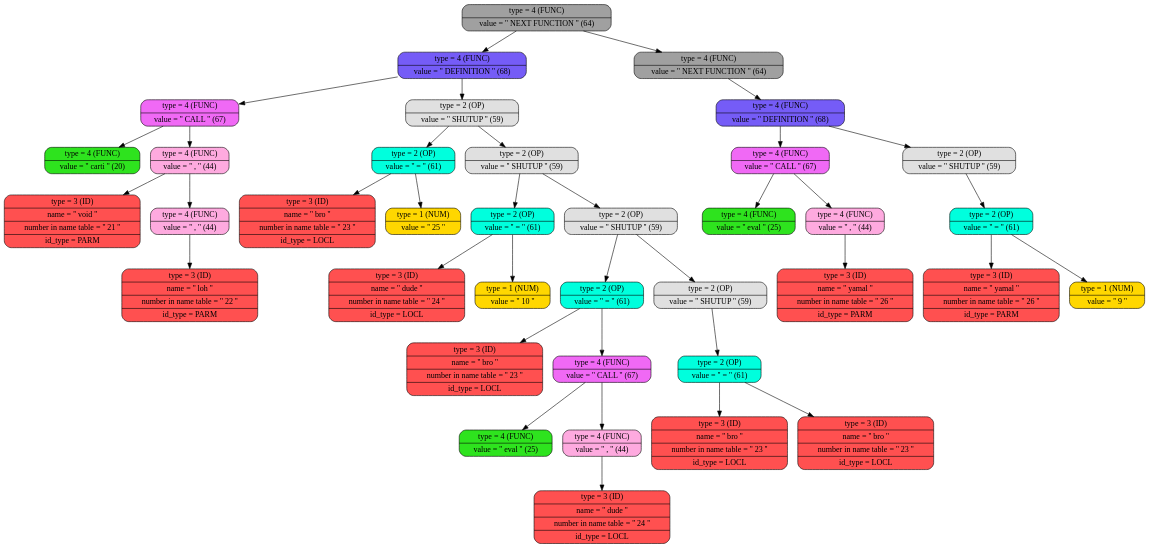
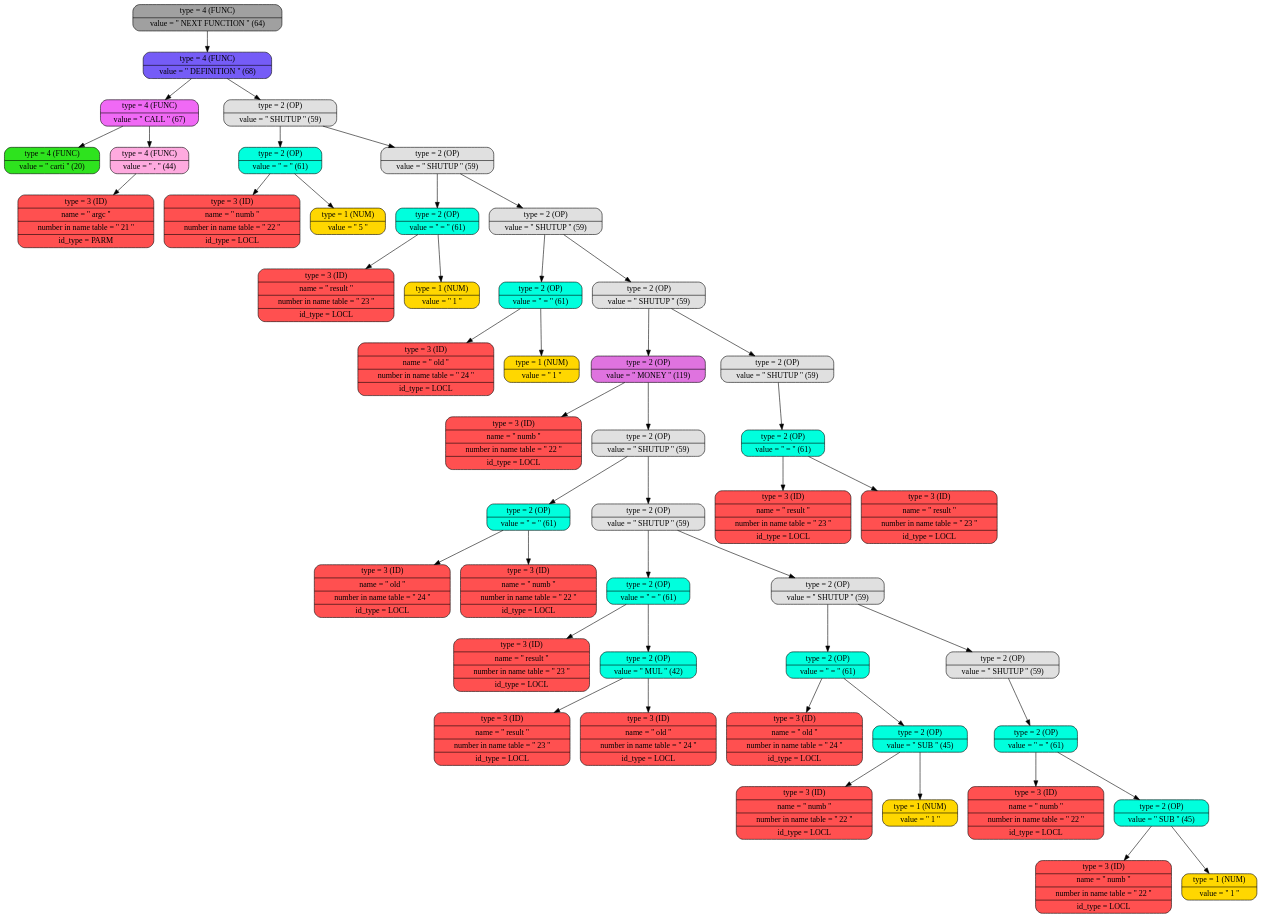
The diagram in log/graph_tree.dot (daniilgriga/MyProgrammingLanguage), drawn with Graphviz before and after one commit. The commit also changed 18 other files, not shown here.

```diff
--- a/log/graph_tree.dot
+++ b/log/graph_tree.dot
@@ -1,78 +1,98 @@
 digraph
 {
 bgcolor="transparent"
-node0x503000000520 [shape=Mrecord; label = " { type = 4 (FUNC) | value = '' NEXT FUNCTION ''  (64) }"; style = filled; fillcolor = "#A0A0A0"];
-node0x503000000520 -> node0x5030000004f0;
-node0x503000000520 -> node0x503000000700;
-node0x5030000004f0 [shape=Mrecord; label = " { type = 4 (FUNC) | value = '' DEFINITION ''  (68) }"; style = filled; fillcolor = "#755CF7"];
-node0x5030000004f0 -> node0x503000000130;
-node0x5030000004f0 -> node0x5030000001f0;
-node0x503000000130 [shape=Mrecord; label = " { type = 4 (FUNC) | value = '' CALL ''  (67) }"; style = filled; fillcolor = "#F069F5"];
-node0x503000000130 -> node0x503000000040;
-node0x503000000130 -> node0x5030000000a0;
+node0x5030000008e0 [shape=Mrecord; label = " { type = 4 (FUNC) | value = '' NEXT FUNCTION ''  (64) }"; style = filled; fillcolor = "#A0A0A0"];
+node0x5030000008e0 -> node0x5030000008b0;
+node0x5030000008b0 [shape=Mrecord; label = " { type = 4 (FUNC) | value = '' DEFINITION ''  (68) }"; style = filled; fillcolor = "#755CF7"];
+node0x5030000008b0 -> node0x5030000000d0;
+node0x5030000008b0 -> node0x503000000190;
+node0x5030000000d0 [shape=Mrecord; label = " { type = 4 (FUNC) | value = '' CALL ''  (67) }"; style = filled; fillcolor = "#F069F5"];
+node0x5030000000d0 -> node0x503000000040;
+node0x5030000000d0 -> node0x5030000000a0;
 node0x503000000040 [shape=Mrecord; label = " { type = 4 (FUNC) | value = '' carti ''  (20) }"; style = filled; fillcolor = "#2EE31E"];
 node0x5030000000a0 [shape=Mrecord; label = " { type = 4 (FUNC) | value = '' , ''  (44) }"; style = filled; fillcolor = "#FEAADF"];
 node0x5030000000a0 -> node0x503000000070;
-node0x5030000000a0 -> node0x503000000100;
-node0x503000000070 [shape=Mrecord; label = " { type = 3 (ID)  | name = '' void '' | number in name table = '' 21 '' | id_type = PARM }"; style = filled; fillcolor = "#FF5050"];
-node0x503000000100 [shape=Mrecord; label = " { type = 4 (FUNC) | value = '' , ''  (44) }"; style = filled; fillcolor = "#FEAADF"];
-node0x503000000100 -> node0x5030000000d0;
-node0x5030000000d0 [shape=Mrecord; label = " { type = 3 (ID)  | name = '' loh '' | number in name table = '' 22 '' | id_type = PARM }"; style = filled; fillcolor = "#FF5050"];
-node0x5030000001f0 [shape=Mrecord; label = " { type = 2 (OP)   | value = '' SHUTUP ''  (59) }"; style = filled; fillcolor = "#E0E0E0"];
-node0x5030000001f0 -> node0x5030000001c0;
-node0x5030000001f0 -> node0x5030000002b0;
-node0x5030000001c0 [shape=Mrecord; label = " { type = 2 (OP)   | value = '' = ''  (61) }"; style = filled; fillcolor = "#00FFDD"];
-node0x5030000001c0 -> node0x503000000160;
-node0x5030000001c0 -> node0x503000000190;
-node0x503000000160 [shape=Mrecord; label = " { type = 3 (ID)  | name = '' bro '' | number in name table = '' 23 '' | id_type = LOCL }"; style = filled; fillcolor = "#FF5050"];
-node0x503000000190 [shape=Mrecord; label = " { type = 1 (NUM)  | value = '' 25 '' }"; style = filled; fillcolor = "#FFD700"];
-node0x5030000002b0 [shape=Mrecord; label = " { type = 2 (OP)   | value = '' SHUTUP ''  (59) }"; style = filled; fillcolor = "#E0E0E0"];
-node0x5030000002b0 -> node0x503000000280;
-node0x5030000002b0 -> node0x503000000400;
-node0x503000000280 [shape=Mrecord; label = " { type = 2 (OP)   | value = '' = ''  (61) }"; style = filled; fillcolor = "#00FFDD"];
-node0x503000000280 -> node0x503000000220;
-node0x503000000280 -> node0x503000000250;
-node0x503000000220 [shape=Mrecord; label = " { type = 3 (ID)  | name = '' dude '' | number in name table = '' 24 '' | id_type = LOCL }"; style = filled; fillcolor = "#FF5050"];
-node0x503000000250 [shape=Mrecord; label = " { type = 1 (NUM)  | value = '' 10 '' }"; style = filled; fillcolor = "#FFD700"];
+node0x503000000070 [shape=Mrecord; label = " { type = 3 (ID)  | name = '' argc '' | number in name table = '' 21 '' | id_type = PARM }"; style = filled; fillcolor = "#FF5050"];
+node0x503000000190 [shape=Mrecord; label = " { type = 2 (OP)   | value = '' SHUTUP ''  (59) }"; style = filled; fillcolor = "#E0E0E0"];
+node0x503000000190 -> node0x503000000160;
+node0x503000000190 -> node0x503000000250;
+node0x503000000160 [shape=Mrecord; label = " { type = 2 (OP)   | value = '' = ''  (61) }"; style = filled; fillcolor = "#00FFDD"];
+node0x503000000160 -> node0x503000000100;
+node0x503000000160 -> node0x503000000130;
+node0x503000000100 [shape=Mrecord; label = " { type = 3 (ID)  | name = '' numb '' | number in name table = '' 22 '' | id_type = LOCL }"; style = filled; fillcolor = "#FF5050"];
+node0x503000000130 [shape=Mrecord; label = " { type = 1 (NUM)  | value = '' 5 '' }"; style = filled; fillcolor = "#FFD700"];
+node0x503000000250 [shape=Mrecord; label = " { type = 2 (OP)   | value = '' SHUTUP ''  (59) }"; style = filled; fillcolor = "#E0E0E0"];
+node0x503000000250 -> node0x503000000220;
+node0x503000000250 -> node0x503000000310;
+node0x503000000220 [shape=Mrecord; label = " { type = 2 (OP)   | value = '' = ''  (61) }"; style = filled; fillcolor = "#00FFDD"];
+node0x503000000220 -> node0x5030000001c0;
+node0x503000000220 -> node0x5030000001f0;
+node0x5030000001c0 [shape=Mrecord; label = " { type = 3 (ID)  | name = '' result '' | number in name table = '' 23 '' | id_type = LOCL }"; style = filled; fillcolor = "#FF5050"];
+node0x5030000001f0 [shape=Mrecord; label = " { type = 1 (NUM)  | value = '' 1 '' }"; style = filled; fillcolor = "#FFD700"];
+node0x503000000310 [shape=Mrecord; label = " { type = 2 (OP)   | value = '' SHUTUP ''  (59) }"; style = filled; fillcolor = "#E0E0E0"];
+node0x503000000310 -> node0x5030000002e0;
+node0x503000000310 -> node0x5030000007c0;
+node0x5030000002e0 [shape=Mrecord; label = " { type = 2 (OP)   | value = '' = ''  (61) }"; style = filled; fillcolor = "#00FFDD"];
+node0x5030000002e0 -> node0x503000000280;
+node0x5030000002e0 -> node0x5030000002b0;
+node0x503000000280 [shape=Mrecord; label = " { type = 3 (ID)  | name = '' old '' | number in name table = '' 24 '' | id_type = LOCL }"; style = filled; fillcolor = "#FF5050"];
+node0x5030000002b0 [shape=Mrecord; label = " { type = 1 (NUM)  | value = '' 1 '' }"; style = filled; fillcolor = "#FFD700"];
+node0x5030000007c0 [shape=Mrecord; label = " { type = 2 (OP)   | value = '' SHUTUP ''  (59) }"; style = filled; fillcolor = "#E0E0E0"];
+node0x5030000007c0 -> node0x503000000790;
+node0x5030000007c0 -> node0x503000000880;
+node0x503000000790 [shape=Mrecord; label = " { type = 2 (OP)   | value = '' MONEY ''  (119) }"; style = filled; fillcolor = "#DF73DF"];
+node0x503000000790 -> node0x503000000340;
+node0x503000000790 -> node0x503000000400;
+node0x503000000340 [shape=Mrecord; label = " { type = 3 (ID)  | name = '' numb '' | number in name table = '' 22 '' | id_type = LOCL }"; style = filled; fillcolor = "#FF5050"];
 node0x503000000400 [shape=Mrecord; label = " { type = 2 (OP)   | value = '' SHUTUP ''  (59) }"; style = filled; fillcolor = "#E0E0E0"];
 node0x503000000400 -> node0x5030000003d0;
-node0x503000000400 -> node0x5030000004c0;
+node0x503000000400 -> node0x503000000520;
 node0x5030000003d0 [shape=Mrecord; label = " { type = 2 (OP)   | value = '' = ''  (61) }"; style = filled; fillcolor = "#00FFDD"];
-node0x5030000003d0 -> node0x5030000002e0;
+node0x5030000003d0 -> node0x503000000370;
 node0x5030000003d0 -> node0x5030000003a0;
-node0x5030000002e0 [shape=Mrecord; label = " { type = 3 (ID)  | name = '' bro '' | number in name table = '' 23 '' | id_type = LOCL }"; style = filled; fillcolor = "#FF5050"];
-node0x5030000003a0 [shape=Mrecord; label = " { type = 4 (FUNC) | value = '' CALL ''  (67) }"; style = filled; fillcolor = "#F069F5"];
-node0x5030000003a0 -> node0x503000000310;
-node0x5030000003a0 -> node0x503000000370;
-node0x503000000310 [shape=Mrecord; label = " { type = 4 (FUNC) | value = '' eval ''  (25) }"; style = filled; fillcolor = "#2EE31E"];
-node0x503000000370 [shape=Mrecord; label = " { type = 4 (FUNC) | value = '' , ''  (44) }"; style = filled; fillcolor = "#FEAADF"];
-node0x503000000370 -> node0x503000000340;
-node0x503000000340 [shape=Mrecord; label = " { type = 3 (ID)  | name = '' dude '' | number in name table = '' 24 '' | id_type = LOCL }"; style = filled; fillcolor = "#FF5050"];
-node0x5030000004c0 [shape=Mrecord; label = " { type = 2 (OP)   | value = '' SHUTUP ''  (59) }"; style = filled; fillcolor = "#E0E0E0"];
+node0x503000000370 [shape=Mrecord; label = " { type = 3 (ID)  | name = '' old '' | number in name table = '' 24 '' | id_type = LOCL }"; style = filled; fillcolor = "#FF5050"];
+node0x5030000003a0 [shape=Mrecord; label = " { type = 3 (ID)  | name = '' numb '' | number in name table = '' 22 '' | id_type = LOCL }"; style = filled; fillcolor = "#FF5050"];
+node0x503000000520 [shape=Mrecord; label = " { type = 2 (OP)   | value = '' SHUTUP ''  (59) }"; style = filled; fillcolor = "#E0E0E0"];
+node0x503000000520 -> node0x5030000004f0;
+node0x503000000520 -> node0x503000000640;
+node0x5030000004f0 [shape=Mrecord; label = " { type = 2 (OP)   | value = '' = ''  (61) }"; style = filled; fillcolor = "#00FFDD"];
+node0x5030000004f0 -> node0x503000000430;
+node0x5030000004f0 -> node0x5030000004c0;
+node0x503000000430 [shape=Mrecord; label = " { type = 3 (ID)  | name = '' result '' | number in name table = '' 23 '' | id_type = LOCL }"; style = filled; fillcolor = "#FF5050"];
+node0x5030000004c0 [shape=Mrecord; label = " { type = 2 (OP)   | value = '' MUL ''  (42) }"; style = filled; fillcolor = "#00FFDD"];
+node0x5030000004c0 -> node0x503000000460;
 node0x5030000004c0 -> node0x503000000490;
-node0x503000000490 [shape=Mrecord; label = " { type = 2 (OP)   | value = '' = ''  (61) }"; style = filled; fillcolor = "#00FFDD"];
-node0x503000000490 -> node0x503000000430;
-node0x503000000490 -> node0x503000000460;
-node0x503000000430 [shape=Mrecord; label = " { type = 3 (ID)  | name = '' bro '' | number in name table = '' 23 '' | id_type = LOCL }"; style = filled; fillcolor = "#FF5050"];
-node0x503000000460 [shape=Mrecord; label = " { type = 3 (ID)  | name = '' bro '' | number in name table = '' 23 '' | id_type = LOCL }"; style = filled; fillcolor = "#FF5050"];
-node0x503000000700 [shape=Mrecord; label = " { type = 4 (FUNC) | value = '' NEXT FUNCTION ''  (64) }"; style = filled; fillcolor = "#A0A0A0"];
+node0x503000000460 [shape=Mrecord; label = " { type = 3 (ID)  | name = '' result '' | number in name table = '' 23 '' | id_type = LOCL }"; style = filled; fillcolor = "#FF5050"];
+node0x503000000490 [shape=Mrecord; label = " { type = 3 (ID)  | name = '' old '' | number in name table = '' 24 '' | id_type = LOCL }"; style = filled; fillcolor = "#FF5050"];
+node0x503000000640 [shape=Mrecord; label = " { type = 2 (OP)   | value = '' SHUTUP ''  (59) }"; style = filled; fillcolor = "#E0E0E0"];
+node0x503000000640 -> node0x503000000610;
+node0x503000000640 -> node0x503000000760;
+node0x503000000610 [shape=Mrecord; label = " { type = 2 (OP)   | value = '' = ''  (61) }"; style = filled; fillcolor = "#00FFDD"];
+node0x503000000610 -> node0x503000000550;
+node0x503000000610 -> node0x5030000005e0;
+node0x503000000550 [shape=Mrecord; label = " { type = 3 (ID)  | name = '' old '' | number in name table = '' 24 '' | id_type = LOCL }"; style = filled; fillcolor = "#FF5050"];
+node0x5030000005e0 [shape=Mrecord; label = " { type = 2 (OP)   | value = '' SUB ''  (45) }"; style = filled; fillcolor = "#00FFDD"];
+node0x5030000005e0 -> node0x503000000580;
+node0x5030000005e0 -> node0x5030000005b0;
+node0x503000000580 [shape=Mrecord; label = " { type = 3 (ID)  | name = '' numb '' | number in name table = '' 22 '' | id_type = LOCL }"; style = filled; fillcolor = "#FF5050"];
+node0x5030000005b0 [shape=Mrecord; label = " { type = 1 (NUM)  | value = '' 1 '' }"; style = filled; fillcolor = "#FFD700"];
+node0x503000000760 [shape=Mrecord; label = " { type = 2 (OP)   | value = '' SHUTUP ''  (59) }"; style = filled; fillcolor = "#E0E0E0"];
+node0x503000000760 -> node0x503000000730;
+node0x503000000730 [shape=Mrecord; label = " { type = 2 (OP)   | value = '' = ''  (61) }"; style = filled; fillcolor = "#00FFDD"];
+node0x503000000730 -> node0x503000000670;
+node0x503000000730 -> node0x503000000700;
+node0x503000000670 [shape=Mrecord; label = " { type = 3 (ID)  | name = '' numb '' | number in name table = '' 22 '' | id_type = LOCL }"; style = filled; fillcolor = "#FF5050"];
+node0x503000000700 [shape=Mrecord; label = " { type = 2 (OP)   | value = '' SUB ''  (45) }"; style = filled; fillcolor = "#00FFDD"];
+node0x503000000700 -> node0x5030000006a0;
 node0x503000000700 -> node0x5030000006d0;
-node0x5030000006d0 [shape=Mrecord; label = " { type = 4 (FUNC) | value = '' DEFINITION ''  (68) }"; style = filled; fillcolor = "#755CF7"];
-node0x5030000006d0 -> node0x5030000005e0;
-node0x5030000006d0 -> node0x5030000006a0;
-node0x5030000005e0 [shape=Mrecord; label = " { type = 4 (FUNC) | value = '' CALL ''  (67) }"; style = filled; fillcolor = "#F069F5"];
-node0x5030000005e0 -> node0x503000000550;
-node0x5030000005e0 -> node0x5030000005b0;
-node0x503000000550 [shape=Mrecord; label = " { type = 4 (FUNC) | value = '' eval ''  (25) }"; style = filled; fillcolor = "#2EE31E"];
-node0x5030000005b0 [shape=Mrecord; label = " { type = 4 (FUNC) | value = '' , ''  (44) }"; style = filled; fillcolor = "#FEAADF"];
-node0x5030000005b0 -> node0x503000000580;
-node0x503000000580 [shape=Mrecord; label = " { type = 3 (ID)  | name = '' yamal '' | number in name table = '' 26 '' | id_type = PARM }"; style = filled; fillcolor = "#FF5050"];
-node0x5030000006a0 [shape=Mrecord; label = " { type = 2 (OP)   | value = '' SHUTUP ''  (59) }"; style = filled; fillcolor = "#E0E0E0"];
-node0x5030000006a0 -> node0x503000000670;
-node0x503000000670 [shape=Mrecord; label = " { type = 2 (OP)   | value = '' = ''  (61) }"; style = filled; fillcolor = "#00FFDD"];
-node0x503000000670 -> node0x503000000610;
-node0x503000000670 -> node0x503000000640;
-node0x503000000610 [shape=Mrecord; label = " { type = 3 (ID)  | name = '' yamal '' | number in name table = '' 26 '' | id_type = PARM }"; style = filled; fillcolor = "#FF5050"];
-node0x503000000640 [shape=Mrecord; label = " { type = 1 (NUM)  | value = '' 9 '' }"; style = filled; fillcolor = "#FFD700"];
+node0x5030000006a0 [shape=Mrecord; label = " { type = 3 (ID)  | name = '' numb '' | number in name table = '' 22 '' | id_type = LOCL }"; style = filled; fillcolor = "#FF5050"];
+node0x5030000006d0 [shape=Mrecord; label = " { type = 1 (NUM)  | value = '' 1 '' }"; style = filled; fillcolor = "#FFD700"];
+node0x503000000880 [shape=Mrecord; label = " { type = 2 (OP)   | value = '' SHUTUP ''  (59) }"; style = filled; fillcolor = "#E0E0E0"];
+node0x503000000880 -> node0x503000000850;
+node0x503000000850 [shape=Mrecord; label = " { type = 2 (OP)   | value = '' = ''  (61) }"; style = filled; fillcolor = "#00FFDD"];
+node0x503000000850 -> node0x5030000007f0;
+node0x503000000850 -> node0x503000000820;
+node0x5030000007f0 [shape=Mrecord; label = " { type = 3 (ID)  | name = '' result '' | number in name table = '' 23 '' | id_type = LOCL }"; style = filled; fillcolor = "#FF5050"];
+node0x503000000820 [shape=Mrecord; label = " { type = 3 (ID)  | name = '' result '' | number in name table = '' 23 '' | id_type = LOCL }"; style = filled; fillcolor = "#FF5050"];
 
 }
```
